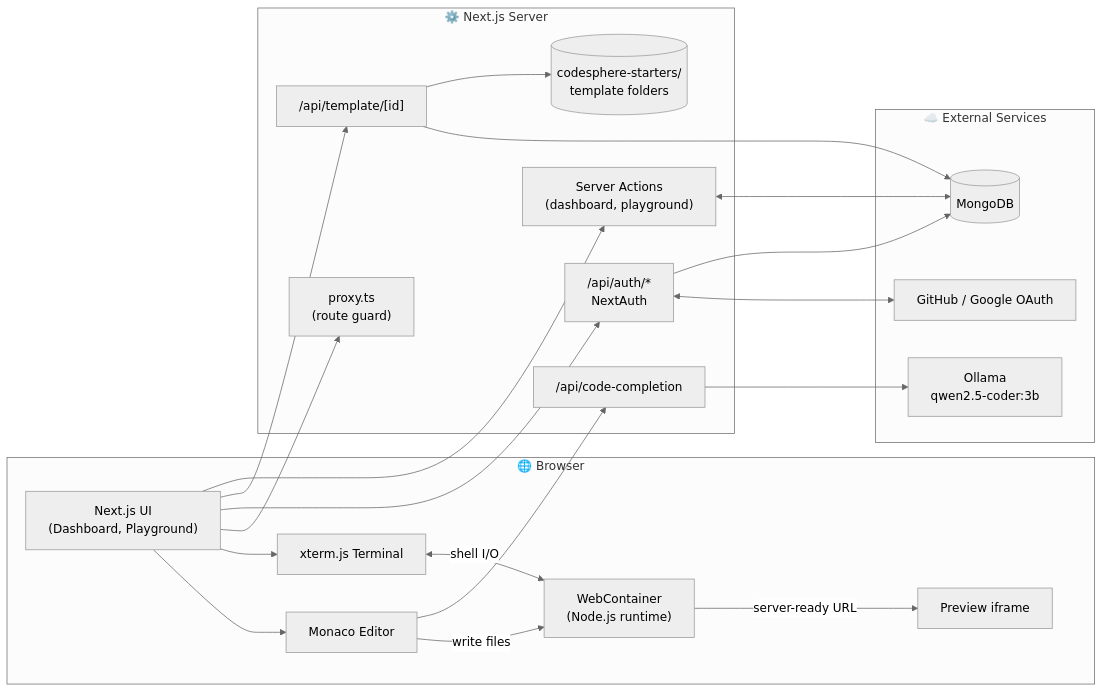
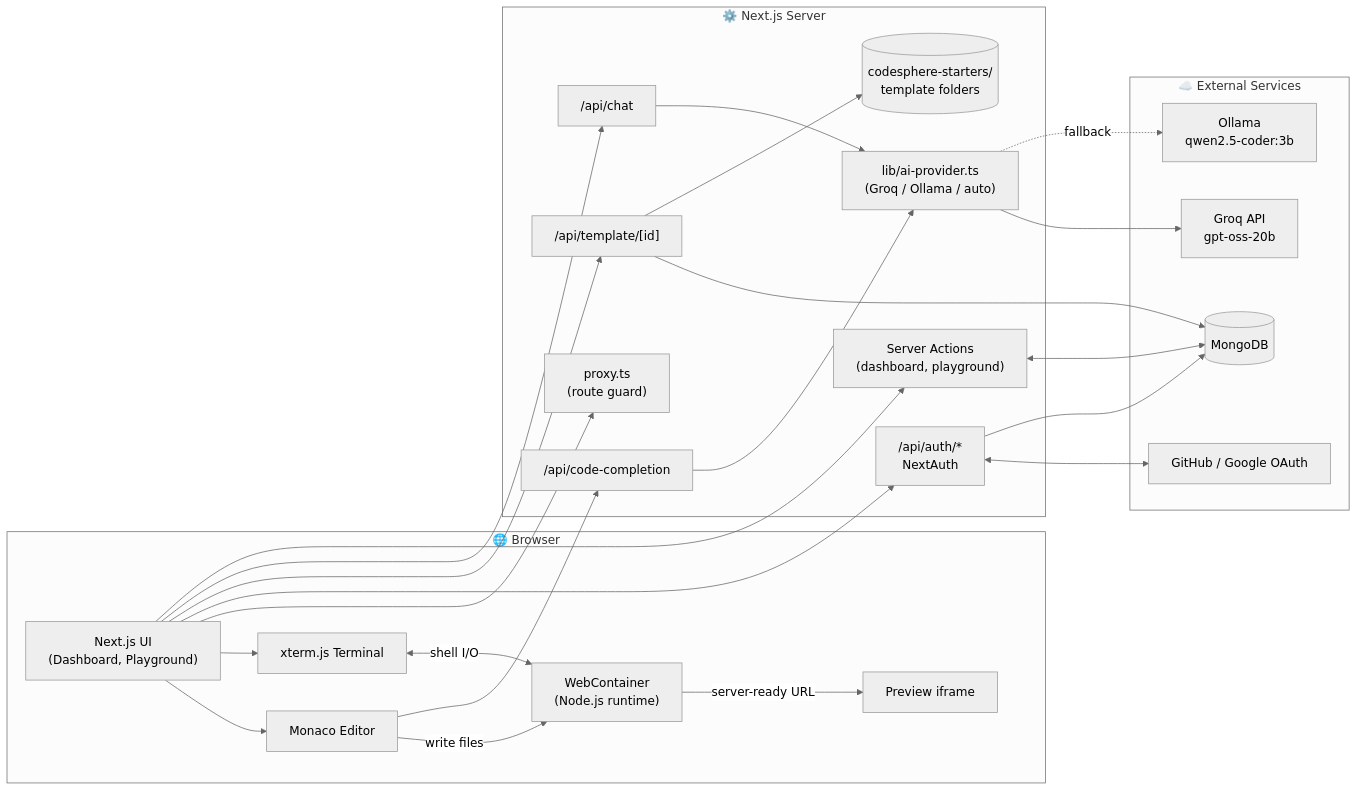
The first of 7 diagrams in README.md (yash9359/CodeSphere-AI-Code-Editor), drawn with Mermaid (neutral theme) before and after one commit. The commit also changed other lines of this file, not shown here.

````diff
--- a/README.md
+++ b/README.md
@@ -65,43 +70,50 @@
 ```mermaid
 flowchart LR
     subgraph Browser["🌐 Browser"]
         UI["Next.js UI<br/>(Dashboard, Playground)"]
         Monaco["Monaco Editor"]
         WC["WebContainer<br/>(Node.js runtime)"]
         Term["xterm.js Terminal"]
         Preview["Preview iframe"]
         UI --> Monaco
         UI --> Term
         Monaco -- "write files" --> WC
         Term <-- "shell I/O" --> WC
         WC -- "server-ready URL" --> Preview
     end
 
     subgraph Server["⚙️ Next.js Server"]
         Proxy["proxy.ts<br/>(route guard)"]
         AuthAPI["/api/auth/*<br/>NextAuth"]
         TplAPI["/api/template/[id]"]
         AIAPI["/api/code-completion"]
+        ChatAPI["/api/chat"]
+        Provider["lib/ai-provider.ts<br/>(Groq / Ollama / auto)"]
         Actions["Server Actions<br/>(dashboard, playground)"]
         Starters[("codesphere-starters/<br/>template folders")]
     end
 
     subgraph External["☁️ External Services"]
         OAuth["GitHub / Google OAuth"]
         Mongo[("MongoDB")]
+        Groq["Groq API<br/>gpt-oss-20b"]
         Ollama["Ollama<br/>qwen2.5-coder:3b"]
     end
 
     UI --> Proxy
     UI --> AuthAPI
     UI --> TplAPI
     Monaco --> AIAPI
+    UI --> ChatAPI
     UI --> Actions
 
     AuthAPI <--> OAuth
     AuthAPI --> Mongo
     Actions <--> Mongo
     TplAPI --> Mongo
     TplAPI --> Starters
-    AIAPI --> Ollama
+    AIAPI --> Provider
+    ChatAPI --> Provider
+    Provider --> Groq
+    Provider -. "fallback" .-> Ollama
 ```
````
